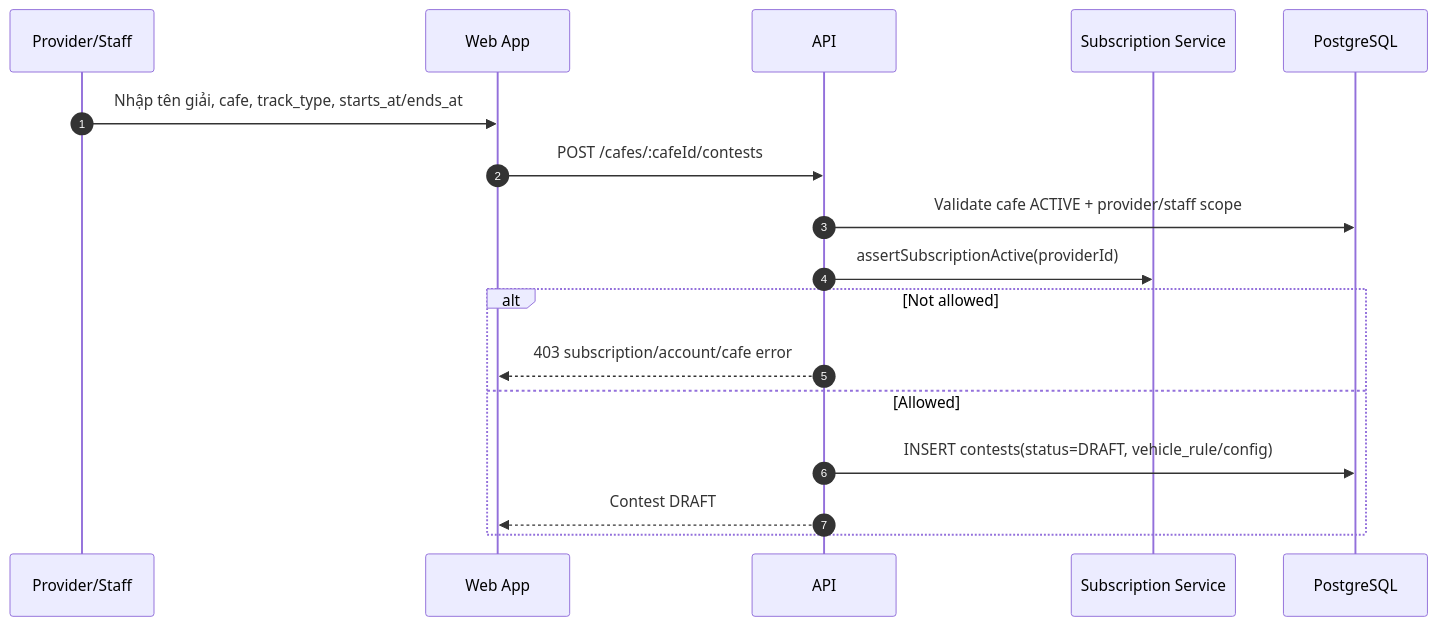
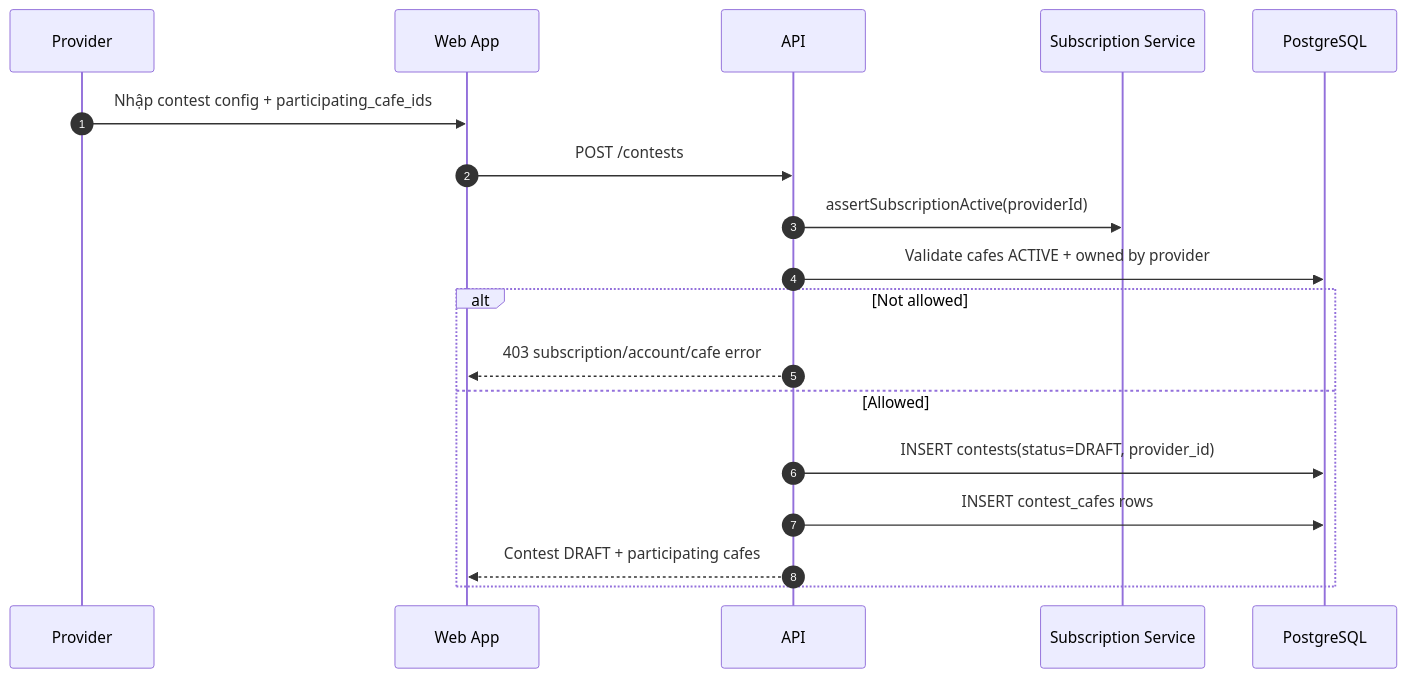
The first of 11 diagrams in docs/diagrams/sequence/sequence-flow-contest-lifecycle.md (RCField-SEP490/rcfield-spec), drawn with Mermaid before and after one commit. The commit also changed other lines of this file and 6 other files, not shown here.

Commit message:
docs: update contest multi-branch flow

````diff
--- a/docs/diagrams/sequence/sequence-flow-contest-lifecycle.md
+++ b/docs/diagrams/sequence/sequence-flow-contest-lifecycle.md
@@ -29,20 +33,21 @@
 ```mermaid
 sequenceDiagram
     autonumber
-    participant P as Provider/Staff
+    participant P as Provider
     participant W as Web App
     participant API as API
     participant Sub as Subscription Service
     participant DB as PostgreSQL
 
-    P->>W: Nhập tên giải, cafe, track_type, starts_at/ends_at
-    W->>API: POST /cafes/:cafeId/contests
-    API->>DB: Validate cafe ACTIVE + provider/staff scope
+    P->>W: Nhập contest config + participating_cafe_ids
+    W->>API: POST /contests
     API->>Sub: assertSubscriptionActive(providerId)
+    API->>DB: Validate cafes ACTIVE + owned by provider
     alt Not allowed
         API-->>W: 403 subscription/account/cafe error
     else Allowed
-        API->>DB: INSERT contests(status=DRAFT, vehicle_rule/config)
-        API-->>W: Contest DRAFT
+        API->>DB: INSERT contests(status=DRAFT, provider_id)
+        API->>DB: INSERT contest_cafes rows
+        API-->>W: Contest DRAFT + participating cafes
     end
 ```
````
